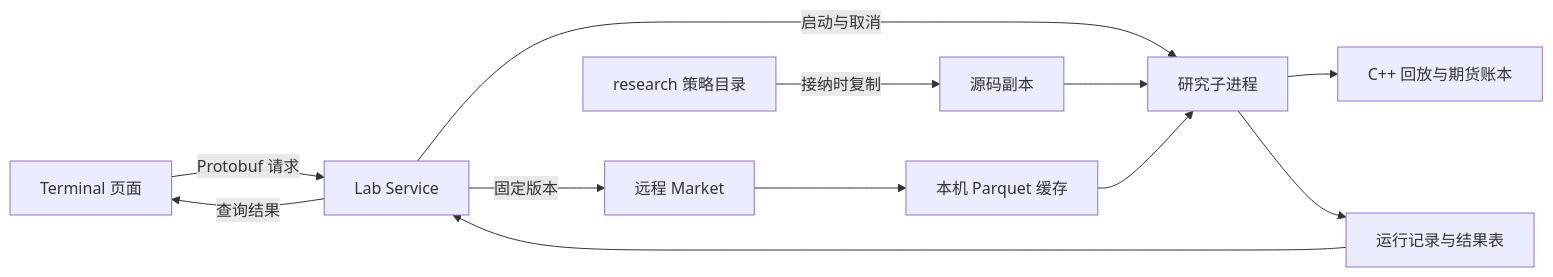
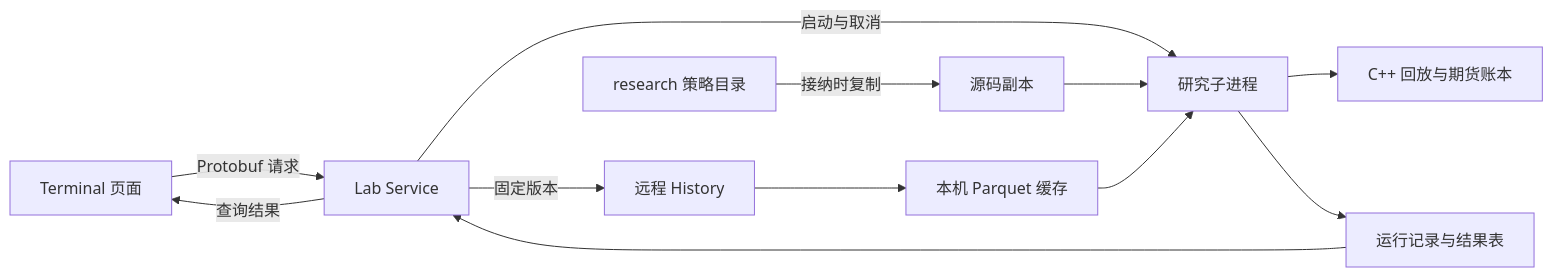
Before and after one commit to isqiwen/asterion-terminal: the first of 3 diagrams in docs/lab/architecture.md, drawn with Mermaid. The commit also changed other lines of this file and 230 other files, not shown here.

First line of the commit message:
M3.85: rename Market to History

````diff
--- a/docs/lab/architecture.md
+++ b/docs/lab/architecture.md
@@ -9,14 +9,14 @@
 ```mermaid
 flowchart LR
     terminal[Terminal 页面] -->|Protobuf 请求| service[Lab Service]
-    service -->|固定版本| market[远程 Market]
+    service -->|固定版本| market[远程 History]
     market --> cache[本机 Parquet 缓存]
     source[research 策略目录] -->|接纳时复制| snapshot[源码副本]
     service -->|启动与取消| child[研究子进程]
     snapshot --> child
     cache --> child
     child --> engine[C++ 回放与期货账本]
     child --> records[运行记录与结果表]
     records --> service
     service -->|查询结果| terminal
 ```
````
